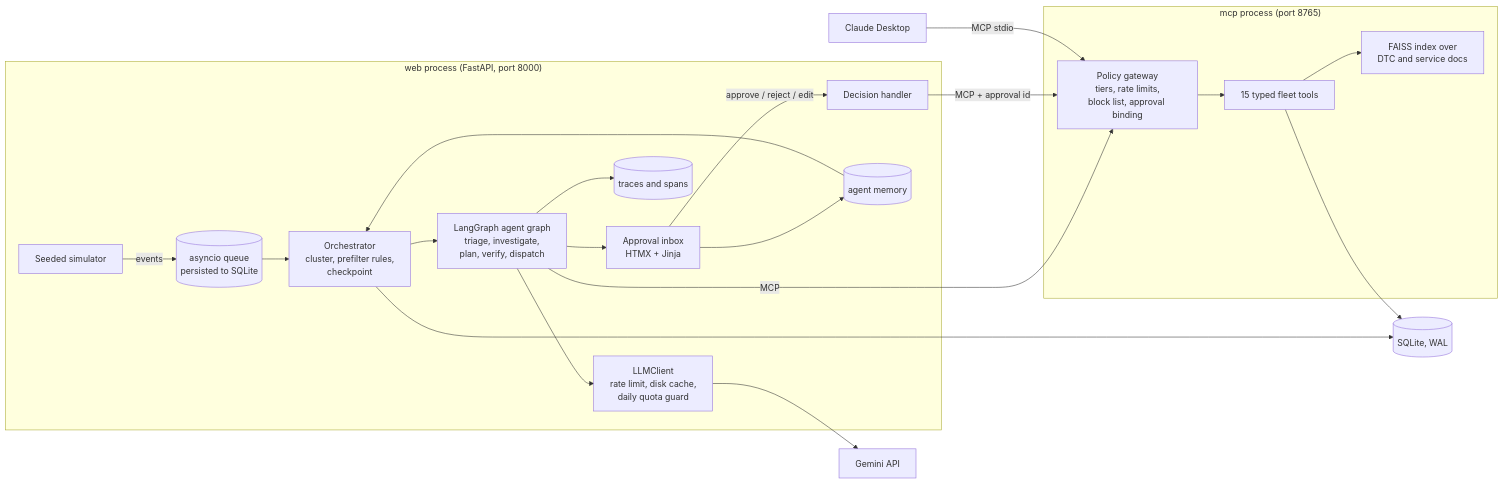
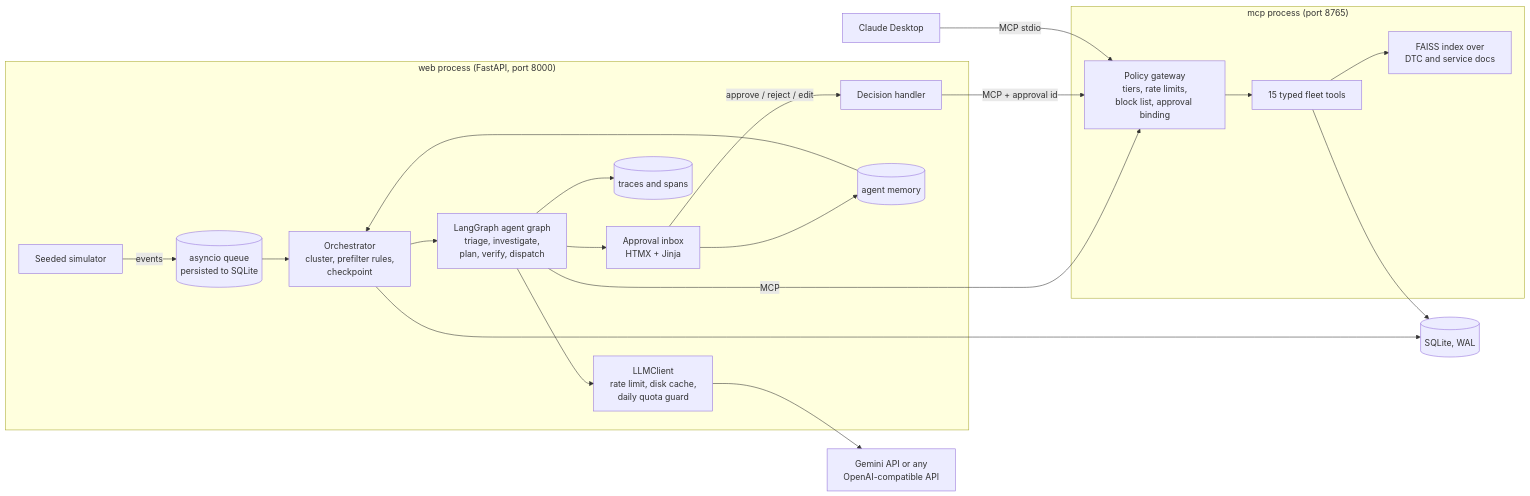
Before and after one commit to Absirkhan/haulmind: the diagram in README.md, drawn with Mermaid. The commit also changed other lines of this file and 17 other files, not shown here.

First line of the commit message:
Refactor LLM model listing and add OpenAI-compatible client

````diff
--- a/README.md
+++ b/README.md
@@ -18,26 +19,26 @@
 ```mermaid
 flowchart LR
     subgraph WEB["web process (FastAPI, port 8000)"]
         SIM[Seeded simulator] -->|events| BUS[(asyncio queue<br/>persisted to SQLite)]
         BUS --> ORCH[Orchestrator<br/>cluster, prefilter rules,<br/>checkpoint]
         ORCH --> GRAPH[LangGraph agent graph<br/>triage, investigate,<br/>plan, verify, dispatch]
         GRAPH --> INBOX[Approval inbox<br/>HTMX + Jinja]
         INBOX -->|approve / reject / edit| EXEC[Decision handler]
         INBOX --> MEM[(agent memory)]
         MEM --> ORCH
         GRAPH --> TR[(traces and spans)]
         GRAPH --> LLM[LLMClient<br/>rate limit, disk cache,<br/>daily quota guard]
     end
     subgraph MCPP["mcp process (port 8765)"]
         GATE[Policy gateway<br/>tiers, rate limits,<br/>block list, approval binding]
         TOOLS[15 typed fleet tools]
         RAG[FAISS index over<br/>DTC and service docs]
         GATE --> TOOLS --> RAG
     end
     GRAPH -->|MCP| GATE
     EXEC -->|MCP + approval id| GATE
     CD[Claude Desktop] -->|MCP stdio| GATE
-    LLM --> GEM[Gemini API]
+    LLM --> GEM[Gemini API or any<br/>OpenAI-compatible API]
     TOOLS --> DB[(SQLite, WAL)]
     ORCH --> DB
 ```
````
